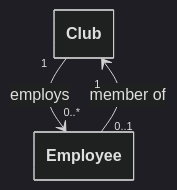
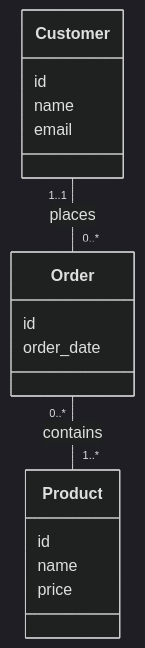
Before and after one commit to Kaltsoon/data-management-and-databases: the diagram in slidev/02-relational-model.md, drawn with Mermaid (dark theme). The commit also changed other lines of this file and 3 other files, not shown here.

````diff
--- a/slidev/02-relational-model.md
+++ b/slidev/02-relational-model.md
@@ -34,17 +34,23 @@
 ```mermaid
----
-  config:
-    class:
-      hideEmptyMembersBox: true
----
-
 classDiagram
-    class Club {
+    direction TB
+    class Customer {
+        id
+        name
+        email
     }
 
-    class Employee {
+    class Order {
+        id
+        order_date
     }
 
-    Club "1" --> "0..*" Employee : employs
-    Employee "0..1" --> "1" Club : member of
+    class Product {
+        id
+        name
+        price
+    }
+
+    Customer "1..1" -- "0..*" Order : places
+    Order "0..*" -- "1..*" Product : contains
 ```
````
